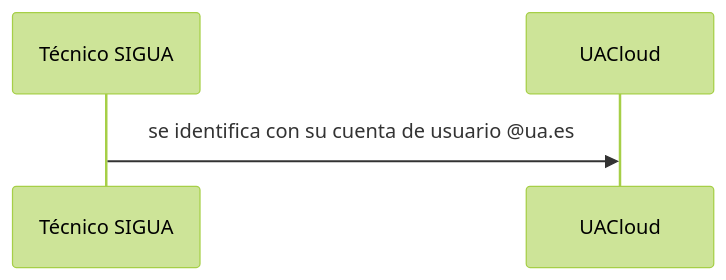
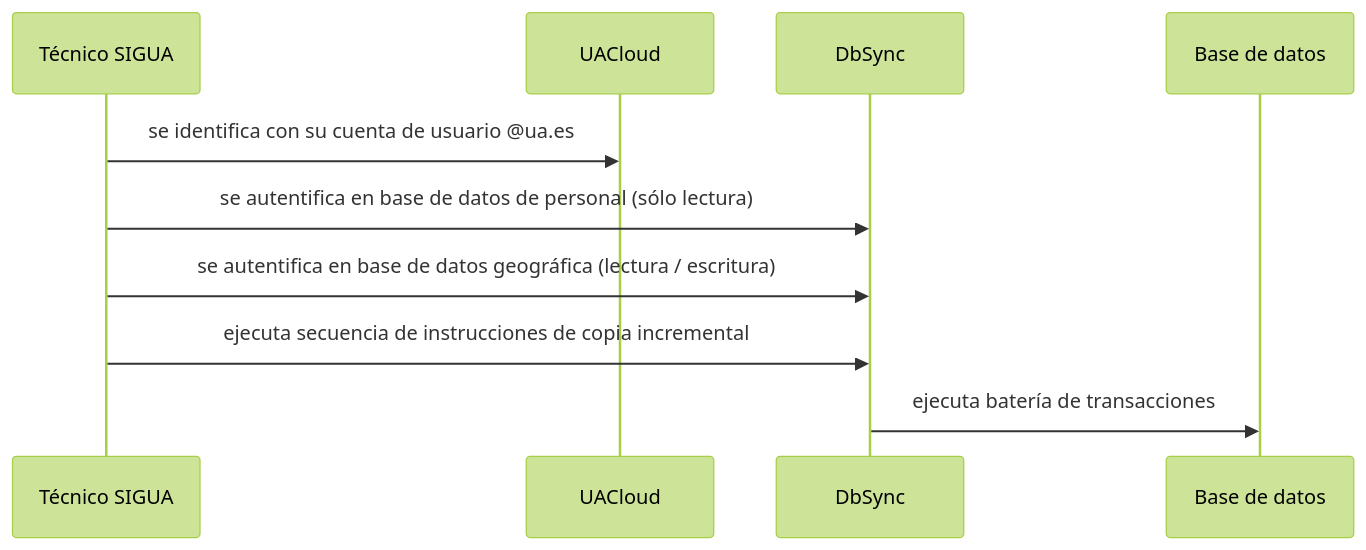
Before and after one commit to labgeo/ua-mods: the diagram in ds07.md, drawn with Mermaid (forest theme). The commit also changed other lines of this file, not shown here.

```diff
--- a/ds07.md
+++ b/ds07.md
@@ -5,4 +5,8 @@
 {% mermaid %}
 sequenceDiagram;
-  Técnico SIGUA->>UACloud: se identifica con su cuenta de usuario @ua.es
+  Técnico SIGUA->>UACloud: se identifica con su cuenta de usuario @ua.es;
+  Técnico SIGUA->>DbSync: se autentifica en base de datos de personal (sólo lectura);
+  Técnico SIGUA->>DbSync: se autentifica en base de datos geográfica (lectura / escritura);
+  Técnico SIGUA->>DbSync: ejecuta secuencia de instrucciones de copia incremental;
+  DbSync->>Base de datos: ejecuta batería de transacciones;
 {% endmermaid %}
```
